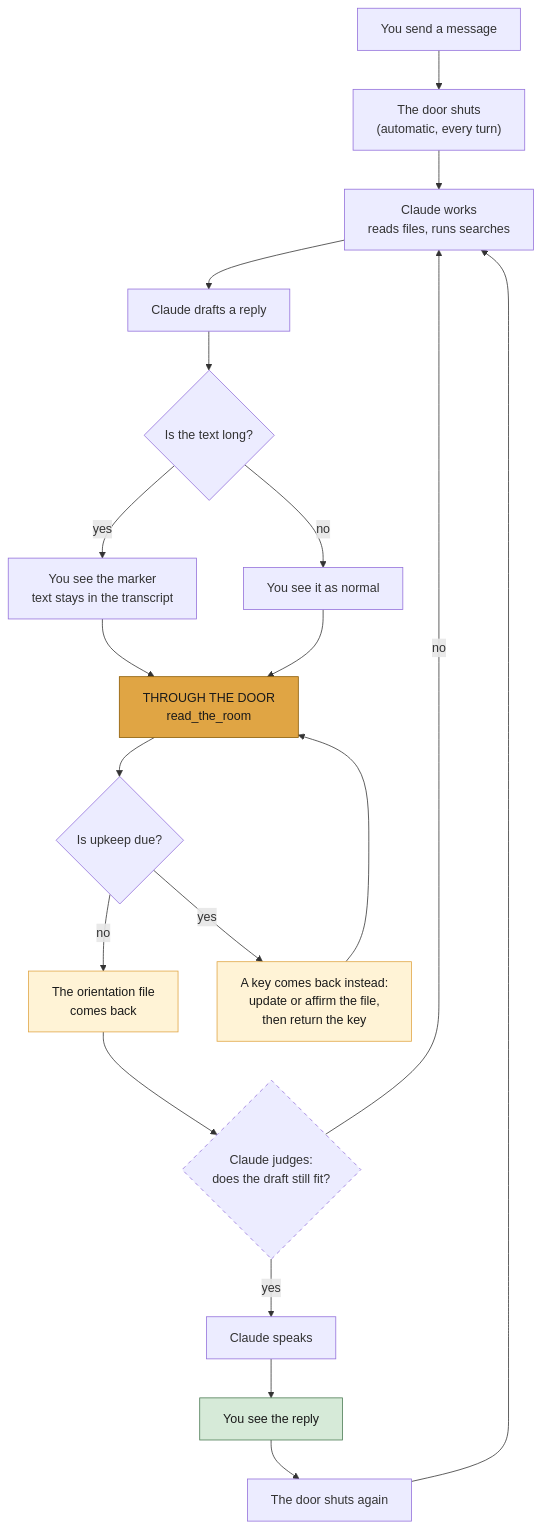
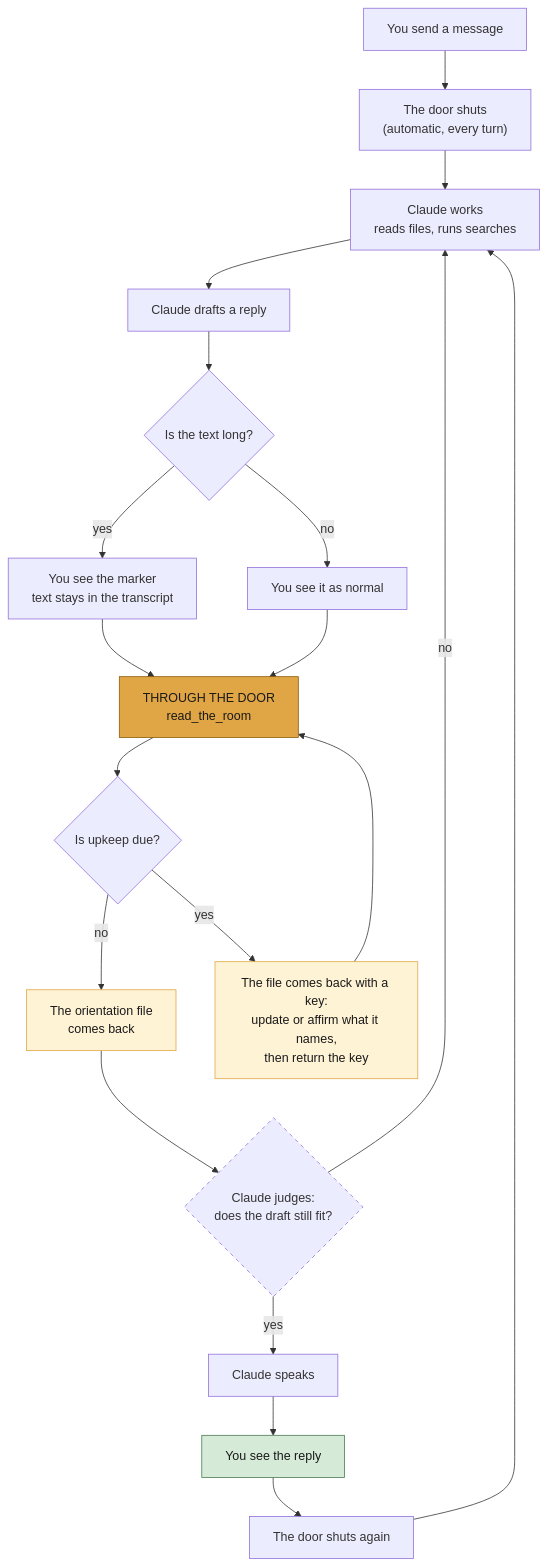
Before and after one commit to hackerbara/read-the-room: the first of 2 diagrams in how-it-works.md, drawn with Mermaid. The commit also changed other lines of this file, not shown here.

Commit message:
Correct the doc's size-line and key-return claims after review

````diff
--- a/how-it-works.md
+++ b/how-it-works.md
@@ -29,27 +29,27 @@
 ```mermaid
 flowchart TD
     A["You send a message"] --> B["The door shuts<br/>(automatic, every turn)"]
     B --> C["Claude works<br/>reads files, runs searches"]
     C --> D["Claude drafts a reply"]
     D --> E{"Is the text long?"}
     E -->|"yes"| F["You see the marker<br/>text stays in the transcript"]
     E -->|"no"| G["You see it as normal"]
     F --> H["THROUGH THE DOOR<br/>read_the_room"]
     G --> H
     H --> KQ{"Is upkeep due?"}
     KQ -->|"no"| I["The orientation file<br/>comes back"]
-    KQ -->|"yes"| KY["A key comes back instead:<br/>update or affirm the file,<br/>then return the key"]
+    KQ -->|"yes"| KY["The file comes back with a key:<br/>update or affirm what it names,<br/>then return the key"]
     KY --> H
     I --> J{"Claude judges:<br/>does the draft still fit?"}
     J -->|"no"| C
     J -->|"yes"| K["Claude speaks"]
     K --> L["You see the reply"]
     L --> M["The door shuts again"]
     M --> C
 
     style H fill:#e0a544,stroke:#8a5a00,color:#1a1a1a
     style I fill:#fff3d6,stroke:#e0a544,color:#1a1a1a
     style KY fill:#fff3d6,stroke:#e0a544,color:#1a1a1a
     style J stroke-dasharray: 5 5
     style L fill:#d6ead8,stroke:#4a7a52,color:#1a1a1a
 ```
````
